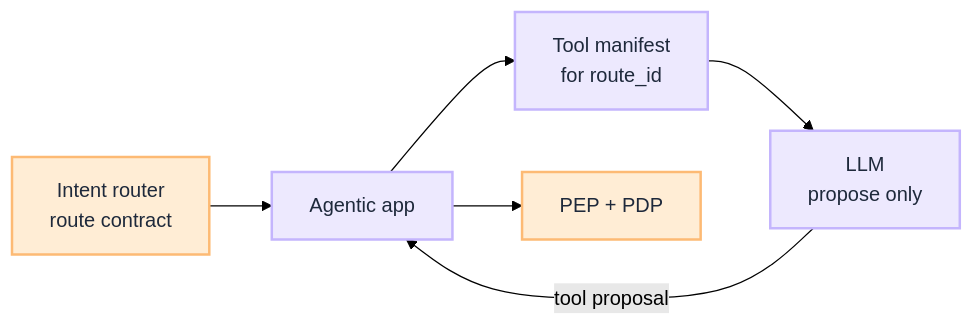
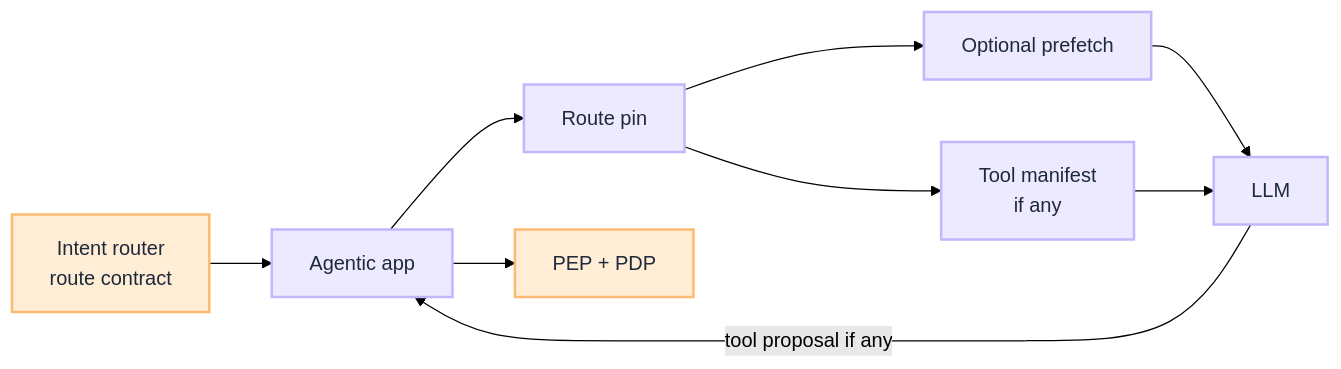
Before and after one commit to iamsharmajitender/gain: the second of 2 diagrams in docs/insights/2026-07-02-design-intent-router/design-intent-router.mdx, drawn with Mermaid (forest theme). The commit also changed other lines of this file and 201 other files, not shown here.

````diff
--- a/docs/insights/2026-07-02-design-intent-router/design-intent-router.mdx
+++ b/docs/insights/2026-07-02-design-intent-router/design-intent-router.mdx
@@ -267,20 +194,25 @@
 ```mermaid
 flowchart LR
     Router["Intent router<br/>route contract"]
     App["Agentic app"]
-    Manifest["Tool manifest<br/>for route_id"]
-    LLM["LLM<br/>propose only"]
+    Pin["Route pin"]
+    Prefetch["Optional prefetch"]
+    Manifest["Tool manifest<br/>if any"]
+    LLM["LLM"]
     PEP["PEP + PDP"]
 
     Router --> App
-    App --> Manifest
+    App --> Pin
+    Pin --> Prefetch
+    Prefetch --> LLM
+    Pin --> Manifest
     Manifest --> LLM
-    LLM -->|"tool proposal"| App
+    LLM -->|"tool proposal if any"| App
     App --> PEP
 
     classDef gate fill:#ffedd5,stroke:#fdba74,color:#1e293b,stroke-width:2px
     classDef process fill:#ede9fe,stroke:#c4b5fd,color:#1e293b,stroke-width:2px
 
     class Router,PEP gate
-    class App,Manifest,LLM process
+    class App,Pin,Prefetch,Manifest,LLM process
 ```
````
